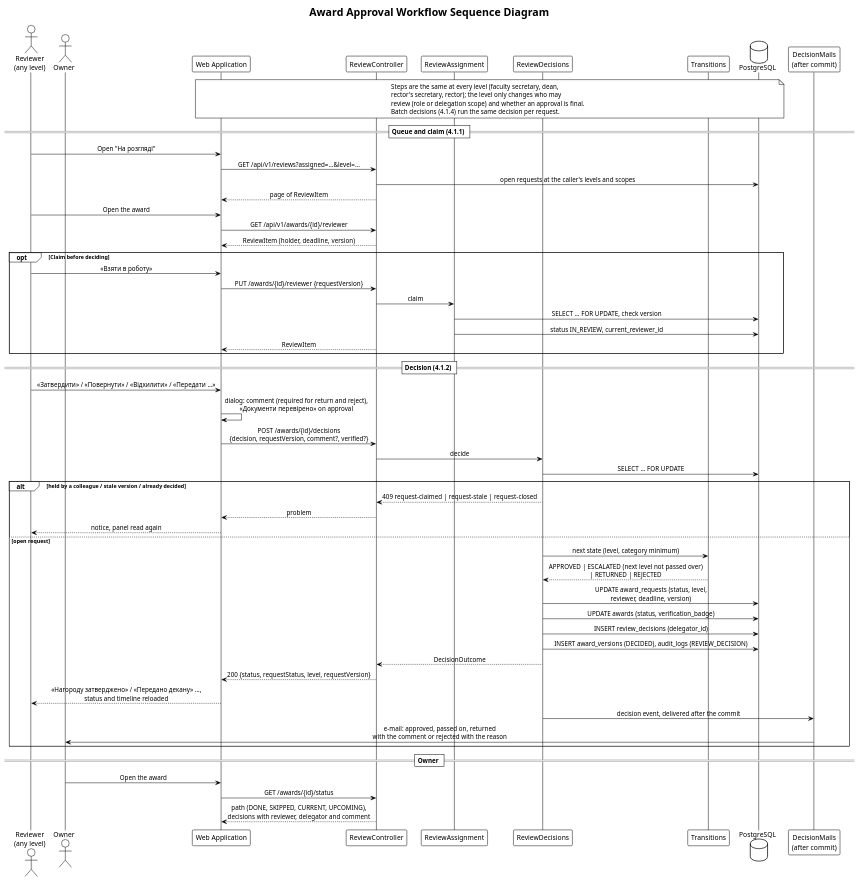
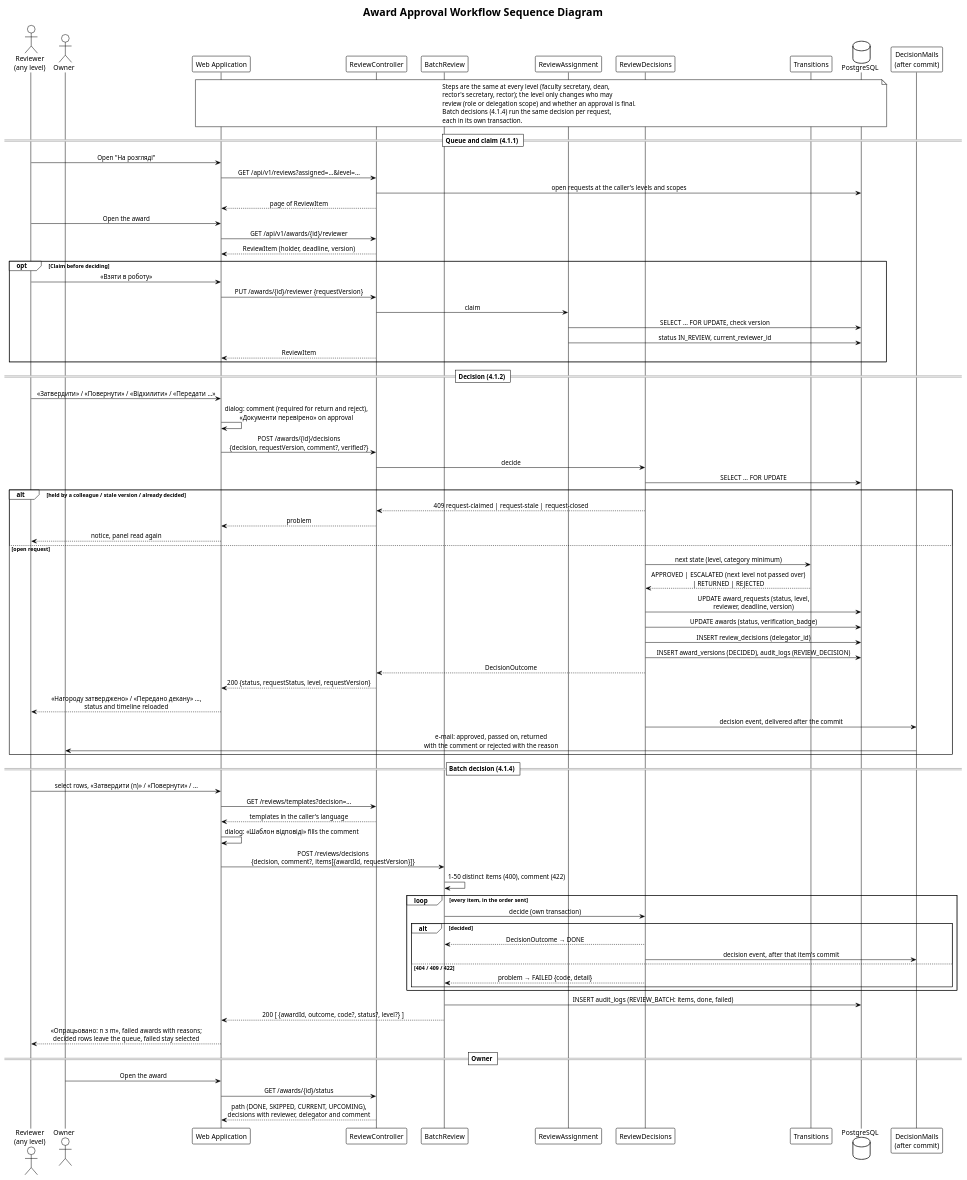
Before and after one commit to StKostyk/award-monitoring-system: the diagram in docs/diagrams/uml/sequence-approval-workflow.puml, drawn with PlantUML. The commit also changed 42 other files, not shown here.

First line of the commit message:
feat(award): decide several queue items at once with comment templates

```diff
--- a/docs/diagrams/uml/sequence-approval-workflow.puml
+++ b/docs/diagrams/uml/sequence-approval-workflow.puml
@@ -1,71 +1,93 @@
 @startuml Sequence_Approval_Workflow
 !theme plain
 skinparam sequenceMessageAlign center
 
 title Award Approval Workflow Sequence Diagram
 
 actor "Reviewer\n(any level)" as reviewer
 actor "Owner" as owner
 participant "Web Application" as webapp
 participant "ReviewController" as api
+participant "BatchReview" as batch
 participant "ReviewAssignment" as assignment
 participant "ReviewDecisions" as decisions
 participant "Transitions" as transitions
 database "PostgreSQL" as db
 participant "DecisionMails\n(after commit)" as mails
 
 note over webapp, db
     Steps are the same at every level (faculty secretary, dean,
     rector's secretary, rector); the level only changes who may
     review (role or delegation scope) and whether an approval is final.
-    Batch decisions (4.1.4) run the same decision per request.
+    Batch decisions (4.1.4) run the same decision per request,
+    each in its own transaction.
 end note
 
 == Queue and claim (4.1.1) ==
 reviewer -> webapp: Open "На розгляді"
 webapp -> api: GET /api/v1/reviews?assigned=…&level=…
 api -> db: open requests at the caller's levels and scopes
 api --> webapp: page of ReviewItem
 reviewer -> webapp: Open the award
 webapp -> api: GET /api/v1/awards/{id}/reviewer
 api --> webapp: ReviewItem (holder, deadline, version)
 
 opt Claim before deciding
     reviewer -> webapp: «Взяти в роботу»
     webapp -> api: PUT /awards/{id}/reviewer {requestVersion}
     api -> assignment: claim
     assignment -> db: SELECT … FOR UPDATE, check version
     assignment -> db: status IN_REVIEW, current_reviewer_id
     api --> webapp: ReviewItem
 end
 
 == Decision (4.1.2) ==
 reviewer -> webapp: «Затвердити» / «Повернути» / «Відхилити» / «Передати …»
 webapp -> webapp: dialog: comment (required for return and reject),\n«Документи перевірено» on approval
 webapp -> api: POST /awards/{id}/decisions\n{decision, requestVersion, comment?, verified?}
 api -> decisions: decide
 decisions -> db: SELECT … FOR UPDATE
 alt held by a colleague / stale version / already decided
     decisions --> api: 409 request-claimed | request-stale | request-closed
     api --> webapp: problem
     webapp --> reviewer: notice, panel read again
 else open request
     decisions -> transitions: next state (level, category minimum)
     transitions --> decisions: APPROVED | ESCALATED (next level not passed over)\n| RETURNED | REJECTED
     decisions -> db: UPDATE award_requests (status, level,\nreviewer, deadline, version)
     decisions -> db: UPDATE awards (status, verification_badge)
     decisions -> db: INSERT review_decisions (delegator_id)
     decisions -> db: INSERT award_versions (DECIDED), audit_logs (REVIEW_DECISION)
     decisions --> api: DecisionOutcome
     api --> webapp: 200 {status, requestStatus, level, requestVersion}
     webapp --> reviewer: «Нагороду затверджено» / «Передано декану» …,\nstatus and timeline reloaded
     decisions -> mails: decision event, delivered after the commit
     mails -> owner: e-mail: approved, passed on, returned\nwith the comment or rejected with the reason
 end
 
+== Batch decision (4.1.4) ==
+reviewer -> webapp: select rows, «Затвердити (n)» / «Повернути» / …
+webapp -> api: GET /reviews/templates?decision=…
+api --> webapp: templates in the caller's language
+webapp -> webapp: dialog: «Шаблон відповіді» fills the comment
+webapp -> batch: POST /reviews/decisions\n{decision, comment?, items[{awardId, requestVersion}]}
+batch -> batch: 1–50 distinct items (400), comment (422)
+loop every item, in the order sent
+    batch -> decisions: decide (own transaction)
+    alt decided
+        decisions --> batch: DecisionOutcome → DONE
+        decisions -> mails: decision event, after that item's commit
+    else 404 / 409 / 422
+        decisions --> batch: problem → FAILED {code, detail}
+    end
+end
+batch -> db: INSERT audit_logs (REVIEW_BATCH: items, done, failed)
+batch --> webapp: 200 [ {awardId, outcome, code?, status?, level?} ]
+webapp --> reviewer: «Опрацьовано: n з m», failed awards with reasons;\ndecided rows leave the queue, failed stay selected
+
 == Owner ==
 owner -> webapp: Open the award
 webapp -> api: GET /awards/{id}/status
 api --> webapp: path (DONE, SKIPPED, CURRENT, UPCOMING),\ndecisions with reviewer, delegator and comment
 
 @enduml
```
